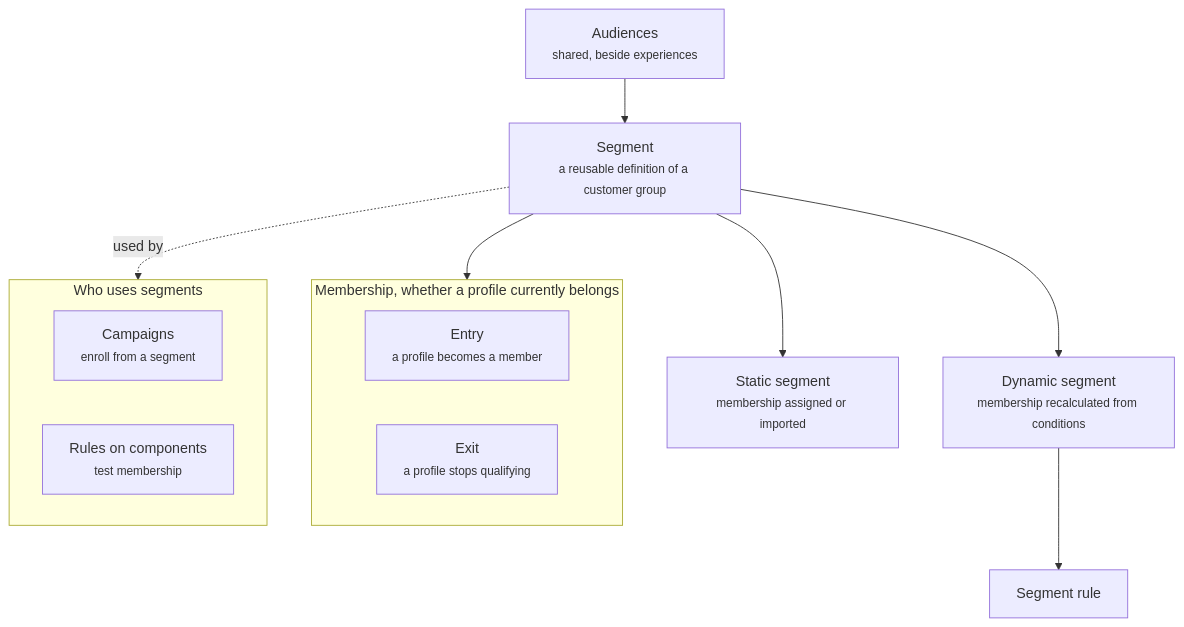
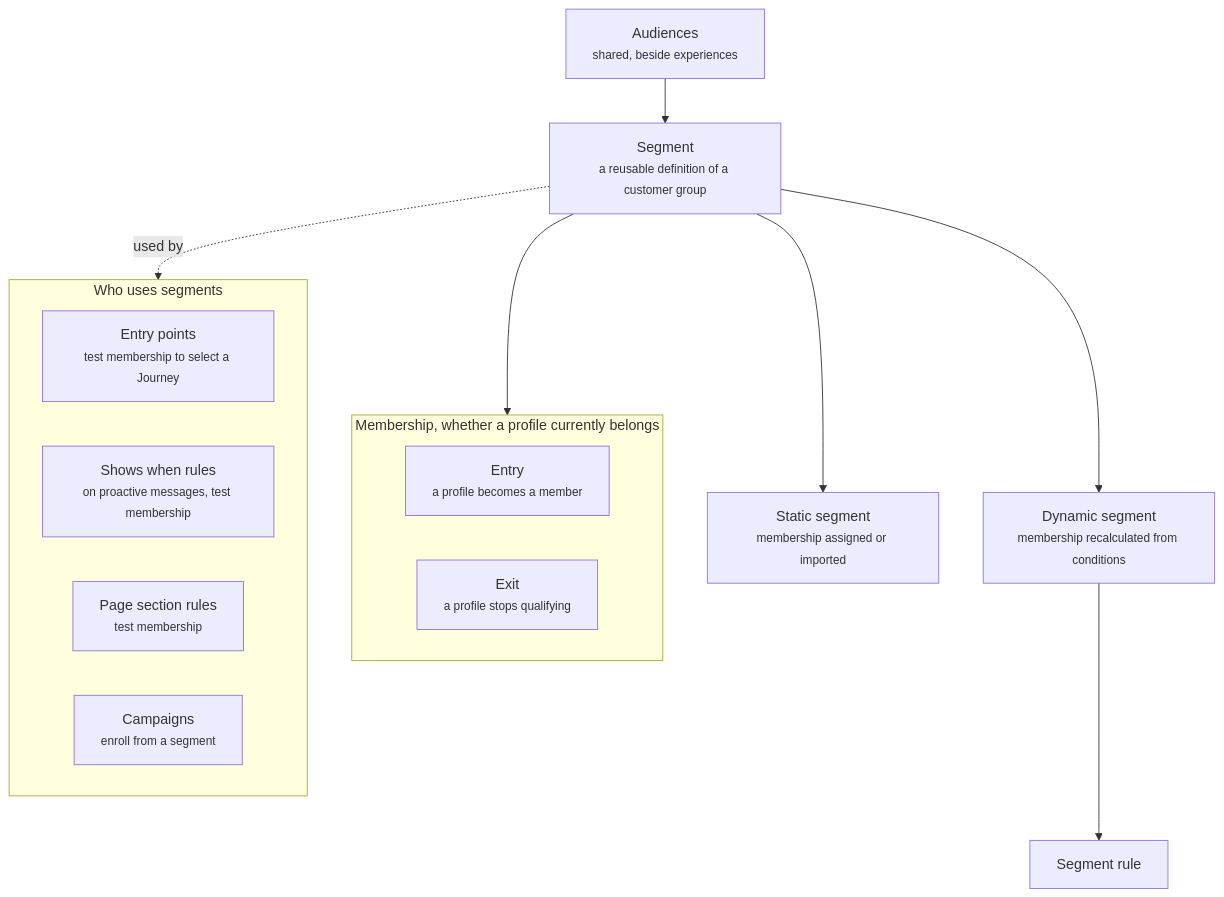
One commit to crossword-ai/docs changed the diagram in orchestration/audiences.mdx. Above: the diagram before and after it, drawn with Mermaid. The commit also changed other lines of this file and 89 other files, not shown here.

````diff
--- a/orchestration/audiences.mdx
+++ b/orchestration/audiences.mdx
@@ -14,18 +14,20 @@
 ```mermaid
 flowchart TB
   AUD["Audiences<br/><small>shared, beside experiences</small>"]
   AUD --> SEG["Segment<br/><small>a reusable definition of a customer group</small>"]
   SEG --> ST["Static segment<br/><small>membership assigned or imported</small>"]
   SEG --> DYN["Dynamic segment<br/><small>membership recalculated from conditions</small>"]
   DYN --> SR["Segment rule"]
   SEG --> MEM
   subgraph MEM["Membership, whether a profile currently belongs"]
     ENTRY["Entry<br/><small>a profile becomes a member</small>"]
     EXIT["Exit<br/><small>a profile stops qualifying</small>"]
   end
   subgraph USERS["Who uses segments"]
+    EPU["Entry points<br/><small>test membership to select a Journey</small>"]
+    SWU["Shows when rules<br/><small>on proactive messages, test membership</small>"]
+    PSU["Page section rules<br/><small>test membership</small>"]
     CAMP["Campaigns<br/><small>enroll from a segment</small>"]
-    RULE["Rules on components<br/><small>test membership</small>"]
   end
   SEG -. "used by" .-> USERS
 ```
````
